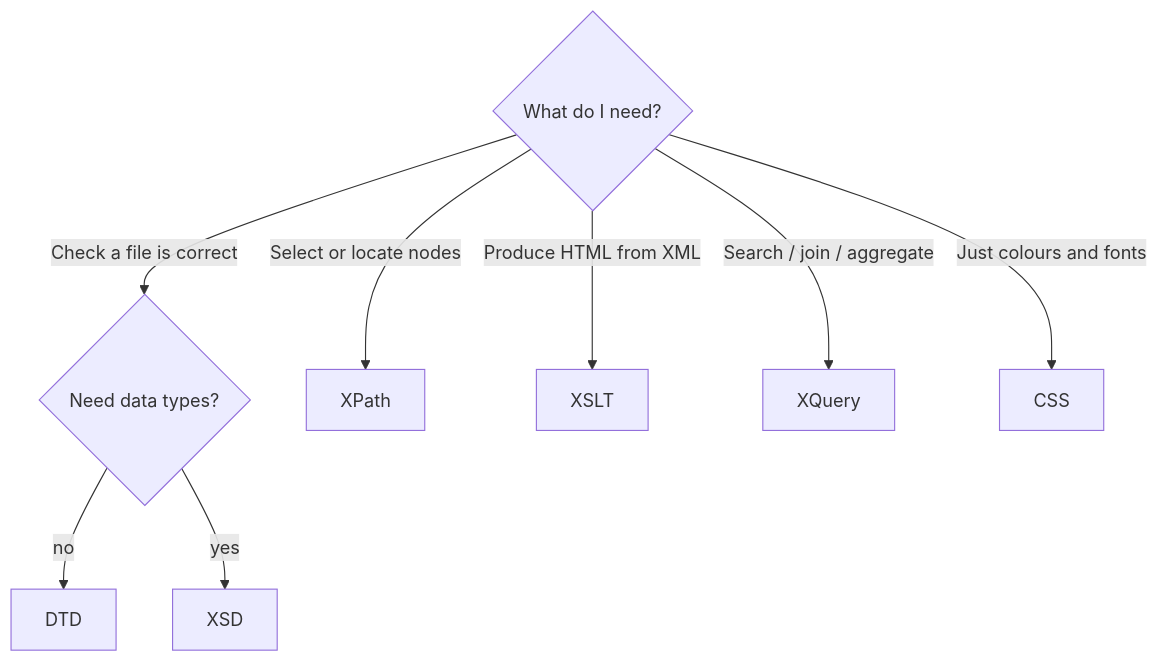
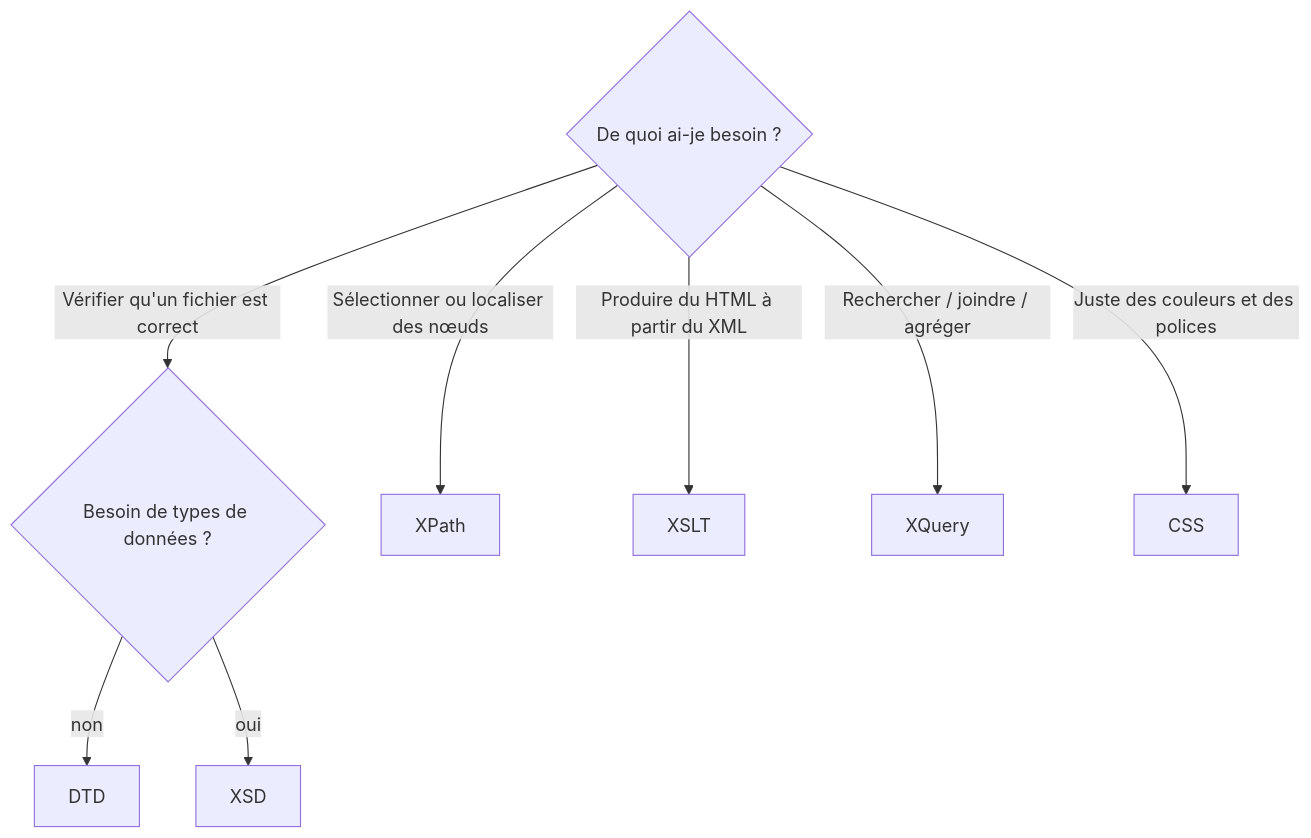
Diagram 14 of 14 in SOA/XML_Technologies_Study_Guide.md (ghaithsoltani/my-courses), drawn with Mermaid before and after one commit. The commit also changed other lines of this file and 9 other files, not shown here.

````diff
--- a/SOA/XML_Technologies_Study_Guide.md
+++ b/SOA/XML_Technologies_Study_Guide.md
@@ -1114,11 +1114,11 @@
 ```mermaid
 flowchart TD
-    Q{"What do I need?"}
-    Q -->|Check a file is correct| V{"Need data types?"}
-    V -->|no| DTD
-    V -->|yes| XSD
-    Q -->|Select or locate nodes| XPath
-    Q -->|Produce HTML from XML| XSLT
-    Q -->|Search / join / aggregate| XQuery
-    Q -->|Just colours and fonts| CSS
+    Q{"De quoi ai-je besoin ?"}
+    Q -->|Vérifier qu'un fichier est correct| V{"Besoin de types de données ?"}
+    V -->|non| DTD
+    V -->|oui| XSD
+    Q -->|Sélectionner ou localiser des nœuds| XPath
+    Q -->|Produire du HTML à partir du XML| XSLT
+    Q -->|Rechercher / joindre / agréger| XQuery
+    Q -->|Juste des couleurs et des polices| CSS
 ```
````
